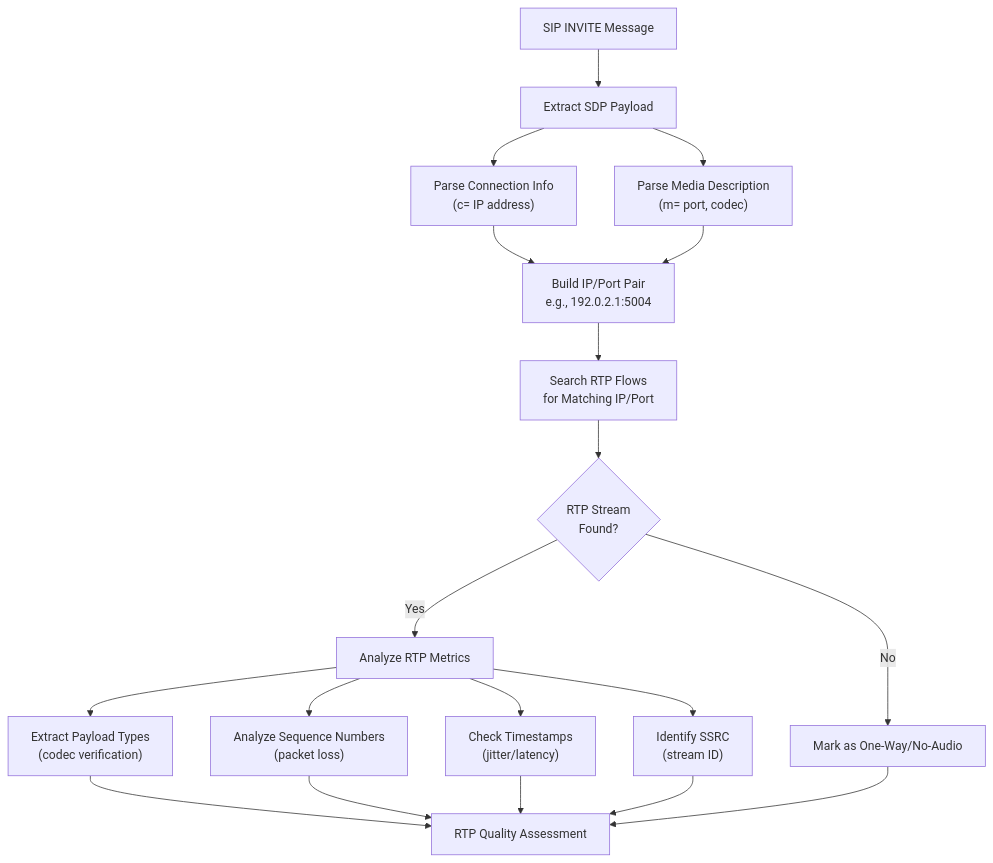
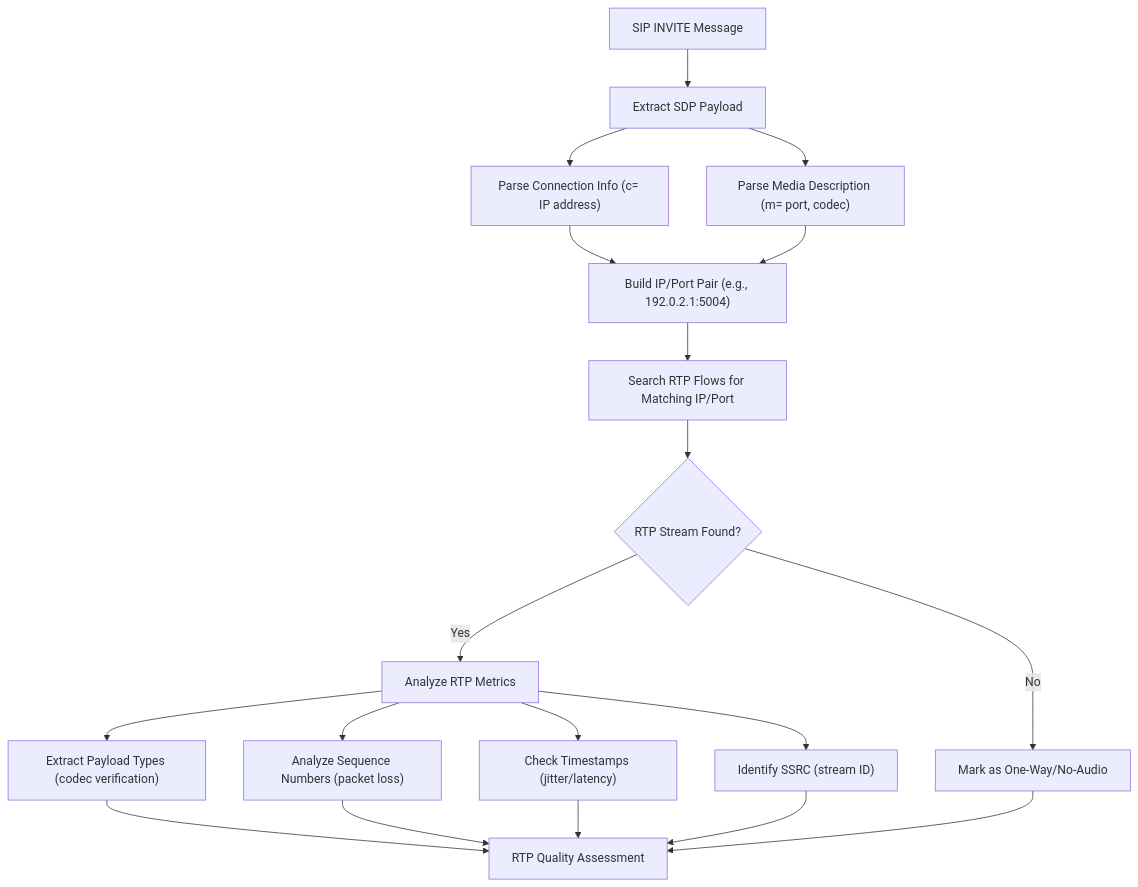
Before and after one commit to zombat/sonic: the second of 3 diagrams in SIP_DOCUMENTATION.md, drawn with Mermaid. The commit also changed other lines of this file and 7 other files, not shown here.

````diff
--- a/SIP_DOCUMENTATION.md
+++ b/SIP_DOCUMENTATION.md
@@ -114,21 +114,21 @@
 ```mermaid
 flowchart TD
     A["SIP INVITE Message"] --> B["Extract SDP Payload"]
-    B --> C["Parse Connection Info<br/>(c= IP address)"]
-    B --> D["Parse Media Description<br/>(m= port, codec)"]
-    C --> E["Build IP/Port Pair<br/>e.g., 192.0.2.1:5004"]
+    B --> C["Parse Connection Info (c= IP address)"]
+    B --> D["Parse Media Description (m= port, codec)"]
+    C --> E["Build IP/Port Pair (e.g., 192.0.2.1:5004)"]
     D --> E
-    E --> F["Search RTP Flows<br/>for Matching IP/Port"]
-    F --> G{"RTP Stream<br/>Found?"}
+    E --> F["Search RTP Flows for Matching IP/Port"]
+    F --> G{"RTP Stream Found?"}
     G -->|Yes| H["Analyze RTP Metrics"]
     G -->|No| I["Mark as One-Way/No-Audio"]
-    H --> J["Extract Payload Types<br/>(codec verification)"]
-    H --> K["Analyze Sequence Numbers<br/>(packet loss)"]
-    H --> L["Check Timestamps<br/>(jitter/latency)"]
-    H --> M["Identify SSRC<br/>(stream ID)"]
+    H --> J["Extract Payload Types (codec verification)"]
+    H --> K["Analyze Sequence Numbers (packet loss)"]
+    H --> L["Check Timestamps (jitter/latency)"]
+    H --> M["Identify SSRC (stream ID)"]
     J --> N["RTP Quality Assessment"]
     K --> N
     L --> N
     M --> N
     I --> N
 ```
````
